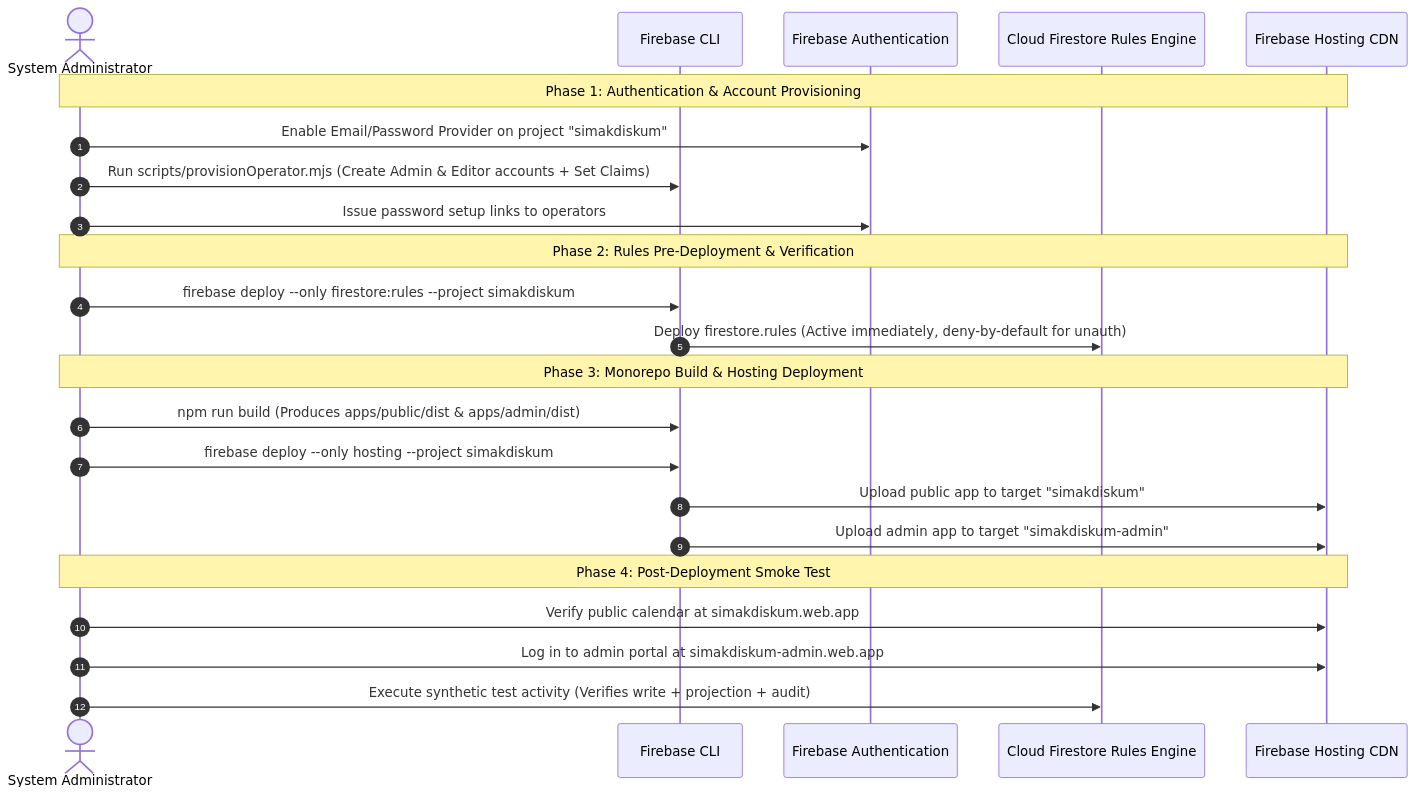
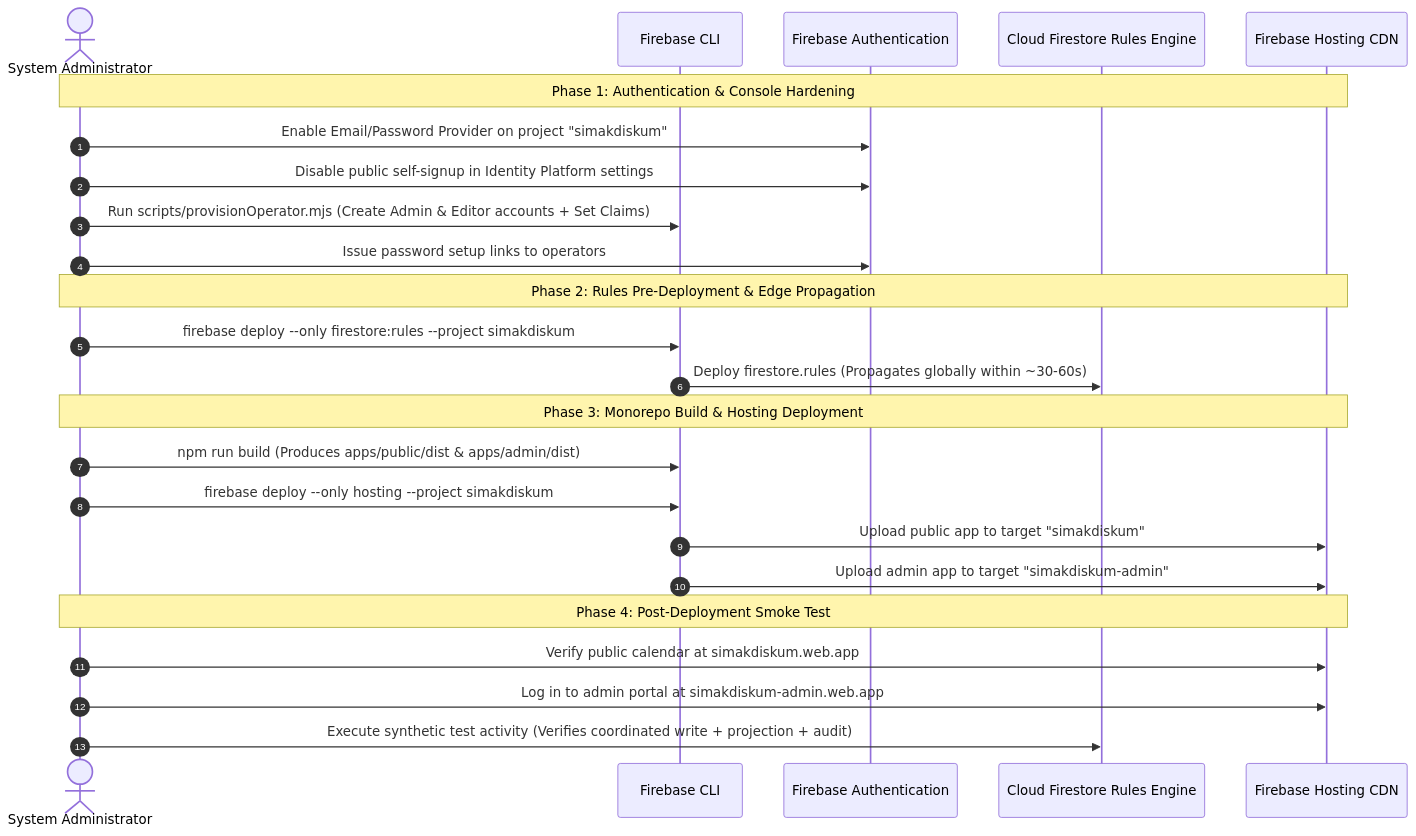
The second of 2 diagrams in department-agenda-firebase/docs/gate5_auth_specification.md (throwawaybtm/simak-diskum-v5), drawn with Mermaid before and after one commit. The commit also changed other lines of this file and 33 other files, not shown here.

Commit message:
feat(security): complete Gate 5A security hardening, coordinated rules, and honest architecture verification

````diff
--- a/department-agenda-firebase/docs/gate5_auth_specification.md
+++ b/department-agenda-firebase/docs/gate5_auth_specification.md
@@ -557,29 +626,30 @@
 ```mermaid
 sequenceDiagram
     autonumber
     actor Admin as System Administrator
     participant CLI as Firebase CLI
     participant Auth as Firebase Authentication
     participant Rules as Cloud Firestore Rules Engine
     participant Hosting as Firebase Hosting CDN
 
-    Note over Admin,Hosting: Phase 1: Authentication & Account Provisioning
+    Note over Admin,Hosting: Phase 1: Authentication & Console Hardening
     Admin->>Auth: Enable Email/Password Provider on project "simakdiskum"
+    Admin->>Auth: Disable public self-signup in Identity Platform settings
     Admin->>CLI: Run scripts/provisionOperator.mjs (Create Admin & Editor accounts + Set Claims)
     Admin->>Auth: Issue password setup links to operators
 
-    Note over Admin,Hosting: Phase 2: Rules Pre-Deployment & Verification
+    Note over Admin,Hosting: Phase 2: Rules Pre-Deployment & Edge Propagation
     Admin->>CLI: firebase deploy --only firestore:rules --project simakdiskum
-    CLI->>Rules: Deploy firestore.rules (Active immediately, deny-by-default for unauth)
+    CLI->>Rules: Deploy firestore.rules (Propagates globally within ~30-60s)
 
     Note over Admin,Hosting: Phase 3: Monorepo Build & Hosting Deployment
     Admin->>CLI: npm run build (Produces apps/public/dist & apps/admin/dist)
     Admin->>CLI: firebase deploy --only hosting --project simakdiskum
     CLI->>Hosting: Upload public app to target "simakdiskum"
     CLI->>Hosting: Upload admin app to target "simakdiskum-admin"
 
     Note over Admin,Hosting: Phase 4: Post-Deployment Smoke Test
     Admin->>Hosting: Verify public calendar at simakdiskum.web.app
     Admin->>Hosting: Log in to admin portal at simakdiskum-admin.web.app
-    Admin->>Rules: Execute synthetic test activity (Verifies write + projection + audit)
+    Admin->>Rules: Execute synthetic test activity (Verifies coordinated write + projection + audit)
 ```
````
